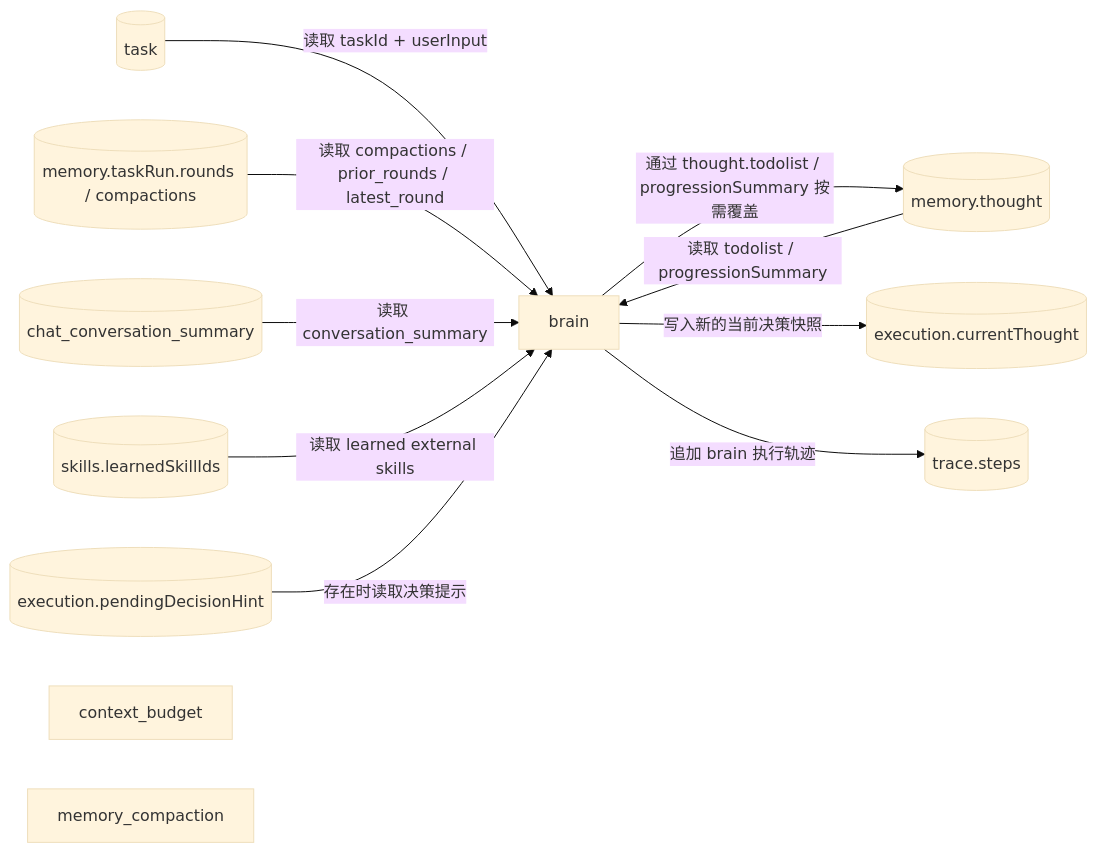
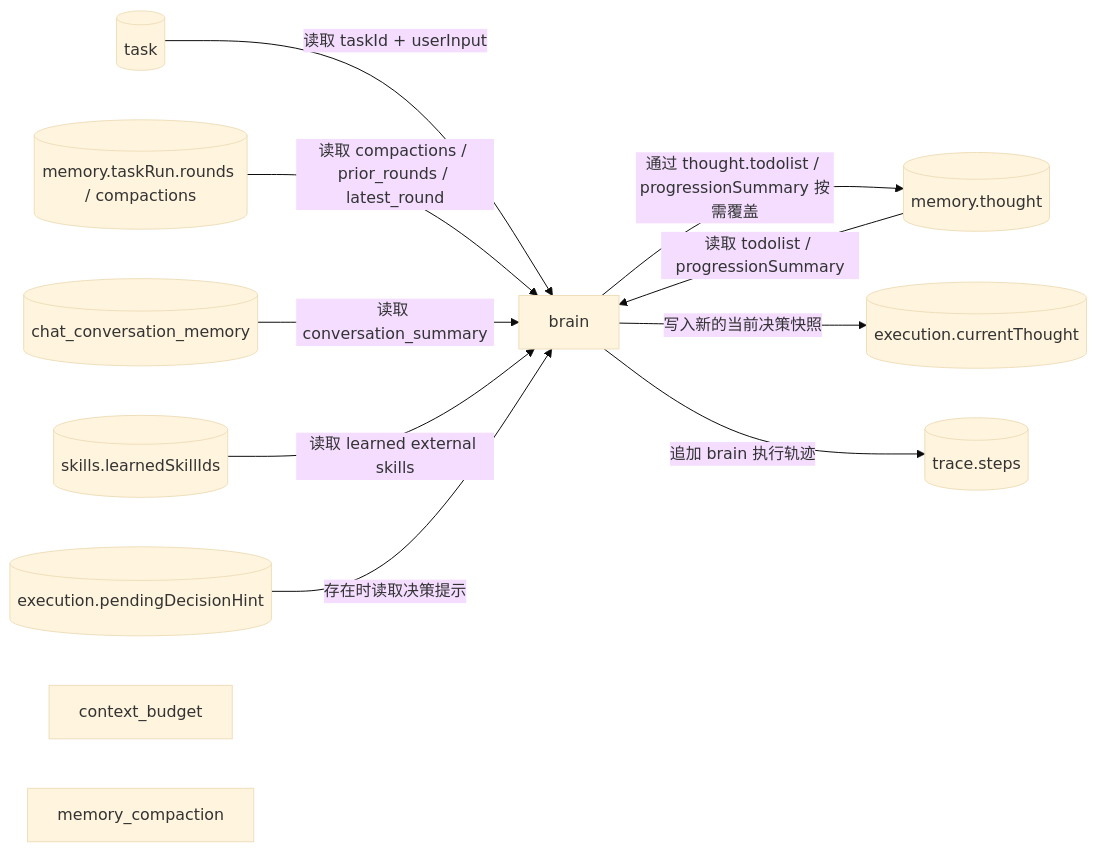
One commit to Yoan98/Ncurator changed the second of 5 diagrams in doc/ai-design/data-definition-and-flow.md. Above: the diagram before and after it, drawn with Mermaid (base theme). The commit also changed other lines of this file and 5 other files, not shown here.

Commit message:
Rename conversation summary to conversation memory

````diff
--- a/doc/ai-design/data-definition-and-flow.md
+++ b/doc/ai-design/data-definition-and-flow.md
@@ -1084,24 +1084,24 @@
 ```mermaid
 flowchart LR
     T[("task")]
     TM[("memory.thought")]
     HM[("memory.taskRun.rounds / compactions")]
-    CM[("chat_conversation_summary")]
+    CM[("chat_conversation_memory")]
     SK[("skills.learnedSkillIds")]
     WH[("execution.pendingDecisionHint")]
     CB["context_budget"]
     MC["memory_compaction"]
     B["brain"]
     CD[("execution.currentThought")]
     TR[("trace.steps")]
 
     T -->|读取 taskId + userInput| B
     TM -->|读取 todolist / progressionSummary| B
     HM -->|读取 compactions / prior_rounds / latest_round| B
     CM -->|读取 conversation_summary| B
     SK -->|读取 learned external skills| B
     WH -->|存在时读取决策提示| B
     B -->|通过 thought.todolist / progressionSummary 按需覆盖| TM
     B -->|写入新的当前决策快照| CD
     B -->|追加 brain 执行轨迹| TR
 ```
````
